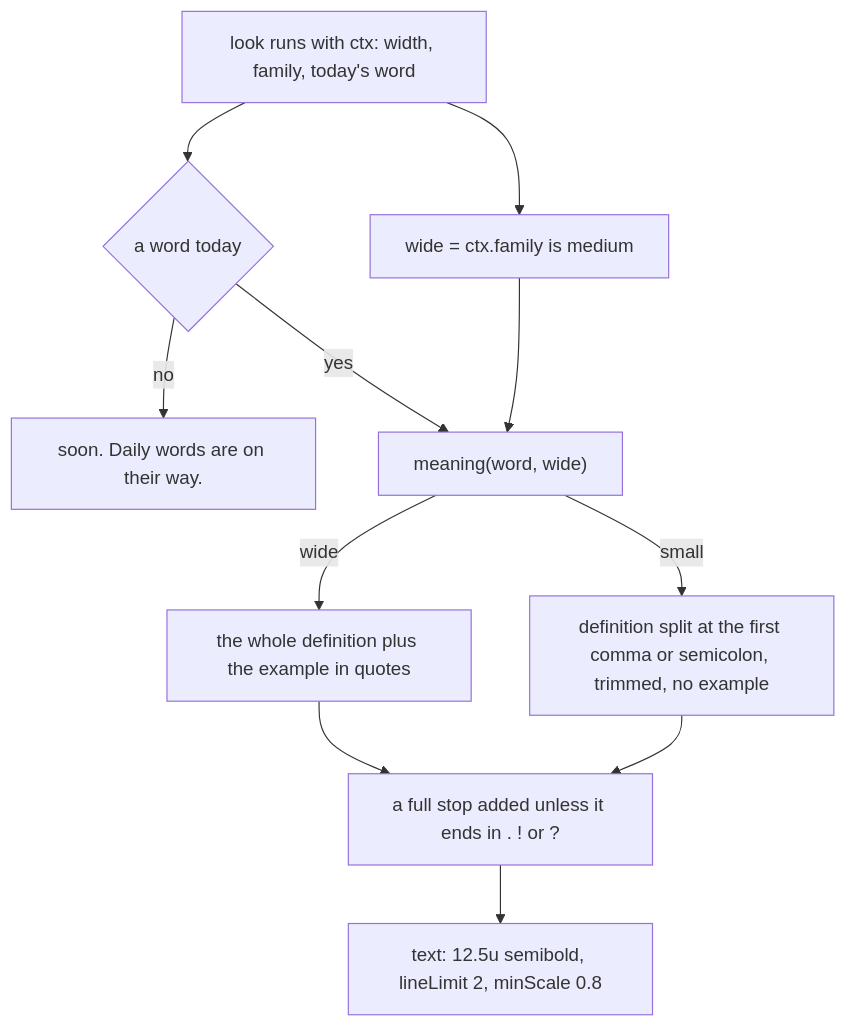
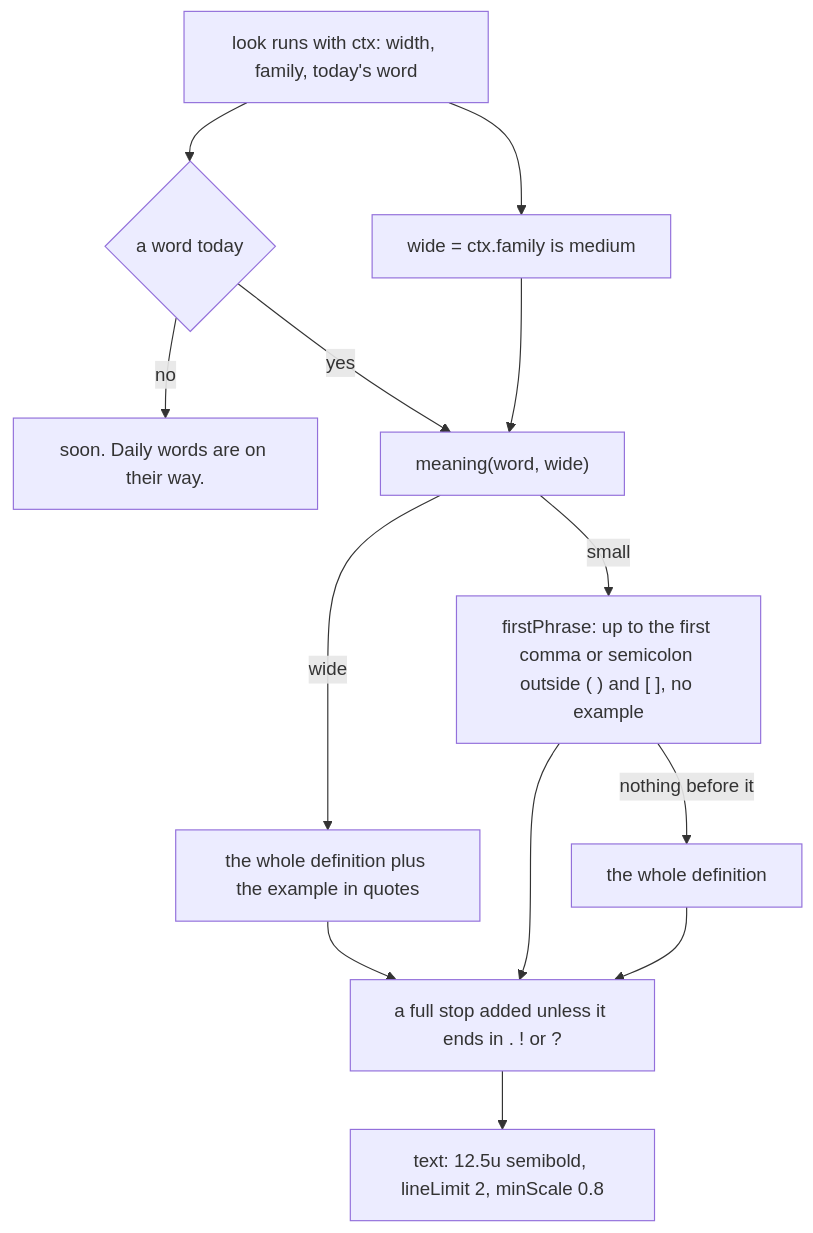
One commit to Krutik460/Widgie changed the fourth of 5 diagrams in docs/pr/28-app-e2e-fixes.md. Above: the diagram before and after it, drawn with Mermaid. The commit also changed other lines of this file and 1 other file, not shown here.

````diff
--- a/docs/pr/28-app-e2e-fixes.md
+++ b/docs/pr/28-app-e2e-fixes.md
@@ -138,13 +145,15 @@
 ```mermaid
 flowchart TD
   CTX["look runs with ctx: width, family, today's word"] --> WIDE["wide = ctx.family is medium"]
   CTX --> WORD{"a word today"}
   WORD -->|no| SOON["soon. Daily words are on their way."]
   WORD -->|yes| MEAN["meaning(word, wide)"]
   WIDE --> MEAN
   MEAN -->|wide| FULL["the whole definition plus the example in quotes"]
-  MEAN -->|small| CUT["definition split at the first comma or semicolon, trimmed, no example"]
+  MEAN -->|small| CUT["firstPhrase: up to the first comma or semicolon outside ( ) and [ ], no example"]
+  CUT -->|nothing before it| ALL["the whole definition"]
   FULL --> STOP["a full stop added unless it ends in . ! or ?"]
   CUT --> STOP
+  ALL --> STOP
   STOP --> TEXT["text: 12.5u semibold, lineLimit 2, minScale 0.8"]
 ```
````
